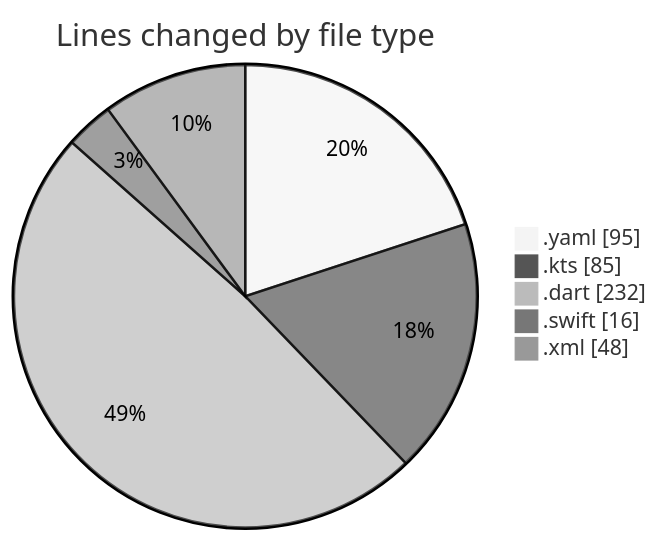
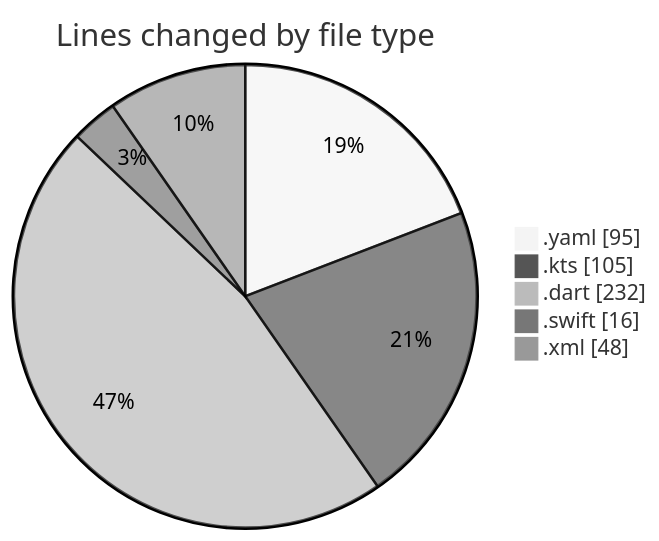
One commit to donsfak/code-tracking changed the first of 2 diagrams in 2025-02-16/uber_clone/README.md. Above: the diagram before and after it, drawn with Mermaid (neutral theme). The commit also changed other lines of this file and 1 other file, not shown here.

````diff
--- a/2025-02-16/uber_clone/README.md
+++ b/2025-02-16/uber_clone/README.md
@@ -25,9 +25,9 @@
 ```mermaid
 pie showData
 title Lines changed by file type
 ".yaml" : 95
-".kts" : 85
+".kts" : 105
 ".dart" : 232
 ".swift" : 16
 ".xml" : 48
 ```
````
